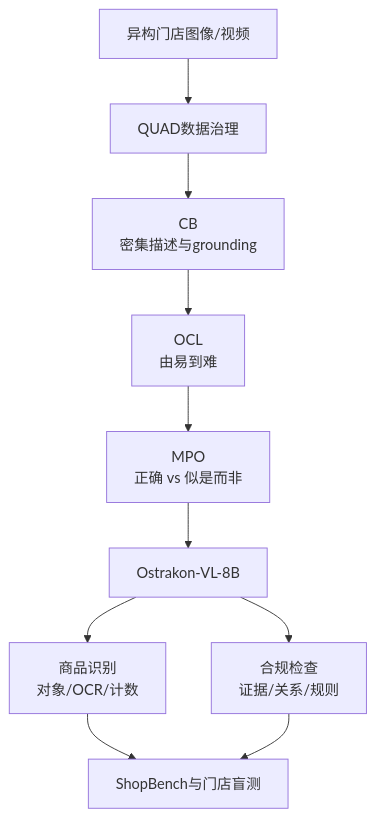
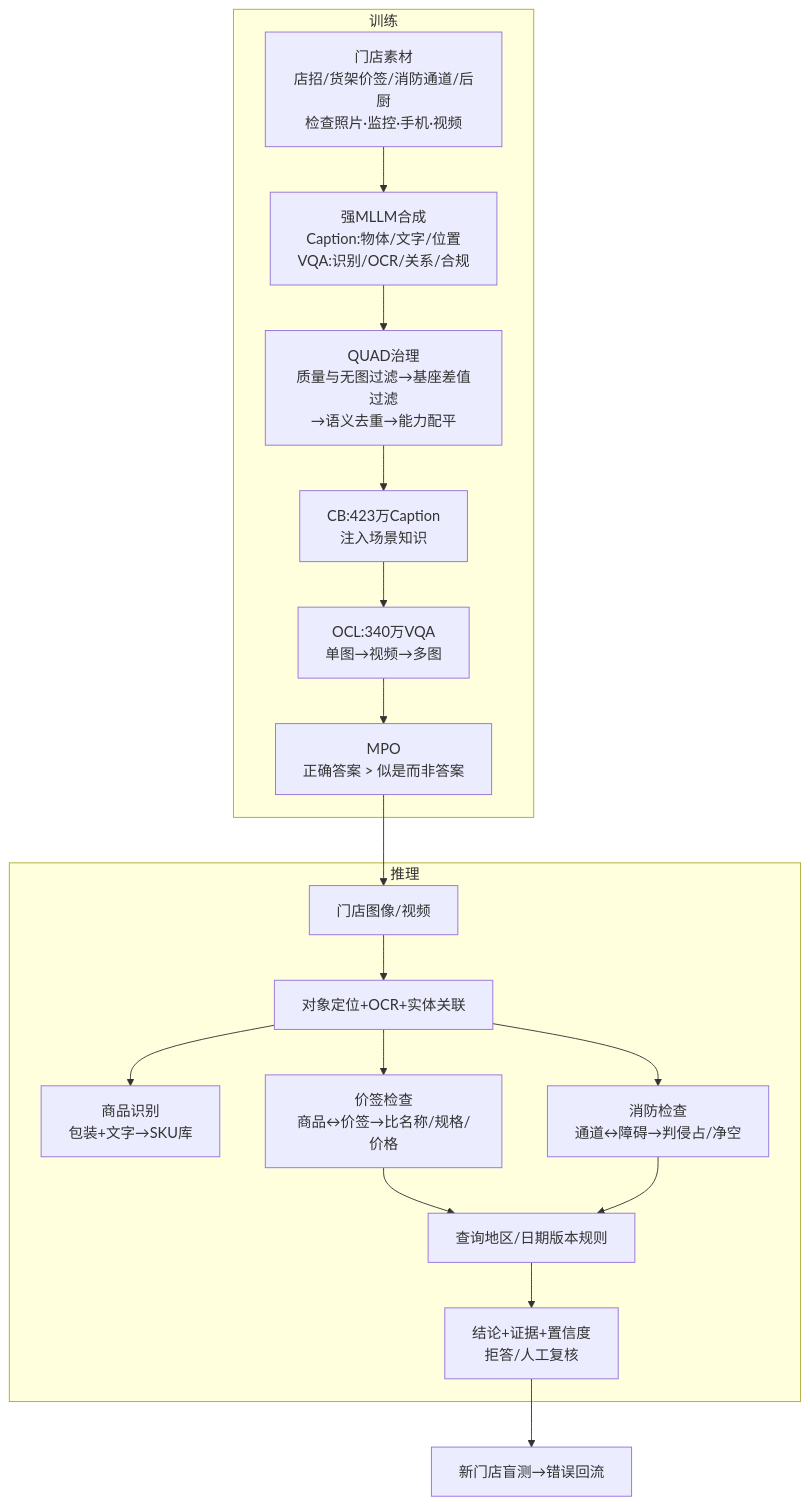
One commit to jikongabc/retail-multimodal-inspection changed the diagram in submission/analysis/ostrakon_finetuning.md. Above: the diagram before and after it, drawn with Mermaid. The commit also changed other lines of this file and 3 other files, not shown here.

````diff
--- a/submission/analysis/ostrakon_finetuning.md
+++ b/submission/analysis/ostrakon_finetuning.md
@@ -3,11 +3,20 @@
 ```mermaid
-flowchart TD
-    A[异构门店图像/视频] --> B[QUAD数据治理]
-    B --> C[CB<br/>密集描述与grounding]
-    C --> D[OCL<br/>由易到难]
-    D --> E[MPO<br/>正确 vs 似是而非]
-    E --> F[Ostrakon-VL-8B]
-    F --> G[商品识别<br/>对象/OCR/计数]
-    F --> H[合规检查<br/>证据/关系/规则]
-    G & H --> I[ShopBench与门店盲测]
+flowchart TB
+ subgraph T[训练]
+ A[门店素材<br/>店招/货架价签/消防通道/后厨<br/>检查照片·监控·手机·视频]-->B[强MLLM合成<br/>Caption:物体/文字/位置<br/>VQA:识别/OCR/关系/合规]
+ B-->Q[QUAD治理<br/>质量与无图过滤→基座差值过滤<br/>→语义去重→能力配平]
+ Q-->C[CB:423万Caption<br/>注入场景知识]
+ C-->O[OCL:340万VQA<br/>单图→视频→多图]
+ O-->M[MPO<br/>正确答案 > 似是而非答案]
+ end
+ subgraph I[推理]
+ X[门店图像/视频]-->V[对象定位+OCR+实体关联]
+ V-->S[商品识别<br/>包装+文字→SKU库]
+ V-->P[价签检查<br/>商品↔价签→比名称/规格/价格]
+ V-->F[消防检查<br/>通道↔障碍→判侵占/净空]
+ P & F-->R[查询地区/日期版本规则]
+ R-->Y[结论+证据+置信度<br/>拒答/人工复核]
+ end
+ M-->X
+ Y-->E[新门店盲测→错误回流]
 ```
````
